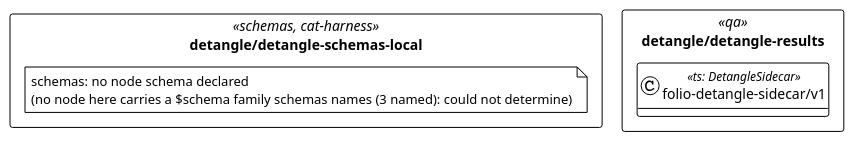
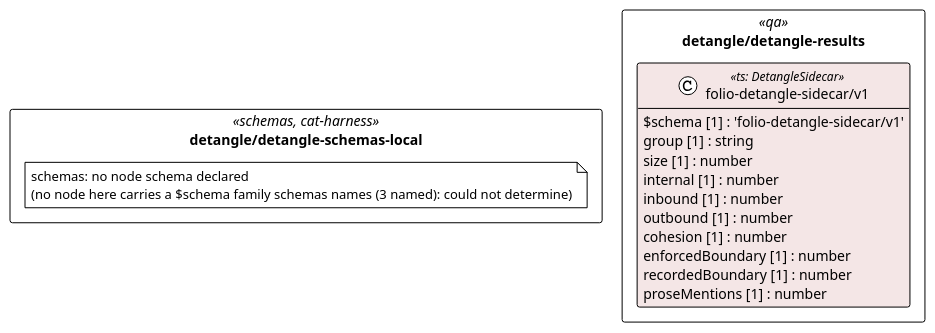
One commit to litlfred/folio-assistant changed the diagram in cat-harness/uml/overview/detangle.puml. Above: the diagram before and after it, drawn with PlantUML. The commit also changed 92 other files, not shown here.

First line of the commit message:
uml: data fields and a vertical stack on the overview; PlantUML coloured from uml.css

```diff
--- a/cat-harness/uml/overview/detangle.puml
+++ b/cat-harness/uml/overview/detangle.puml
@@ -3,17 +3,27 @@
 @startuml detangle
 !pragma layout elk
 !theme plain
 skinparam classAttributeIconSize 0
 skinparam shadowing false
 skinparam packageStyle rectangle
 hide empty methods
 
 package "detangle/detangle-schemas-local" as pkg_detangle_detangle_schemas_local <<schemas, cat-harness>> {
   note "schemas: no node schema declared\n(no node here carries a $schema family schemas names (3 named): could not determine)" as n_detangle_detangle_schemas_local_schemas
 }
 package "detangle/detangle-results" as pkg_detangle_detangle_results <<qa>> {
-  class "folio-detangle-sidecar/v1" as detangle_detangle_results_folio_detangle_sidecar_v1 <<ts: DetangleSidecar>> {
+  class "folio-detangle-sidecar/v1" as detangle_detangle_results_folio_detangle_sidecar_v1 <<ts: DetangleSidecar>> #f4e6e6 {
+    $schema [1] : 'folio-detangle-sidecar/v1'
+    group [1] : string
+    size [1] : number
+    internal [1] : number
+    inbound [1] : number
+    outbound [1] : number
+    cohesion [1] : number
+    enforcedBoundary [1] : number
+    recordedBoundary [1] : number
+    proseMentions [1] : number
   }
 }
 
 @enduml
```
